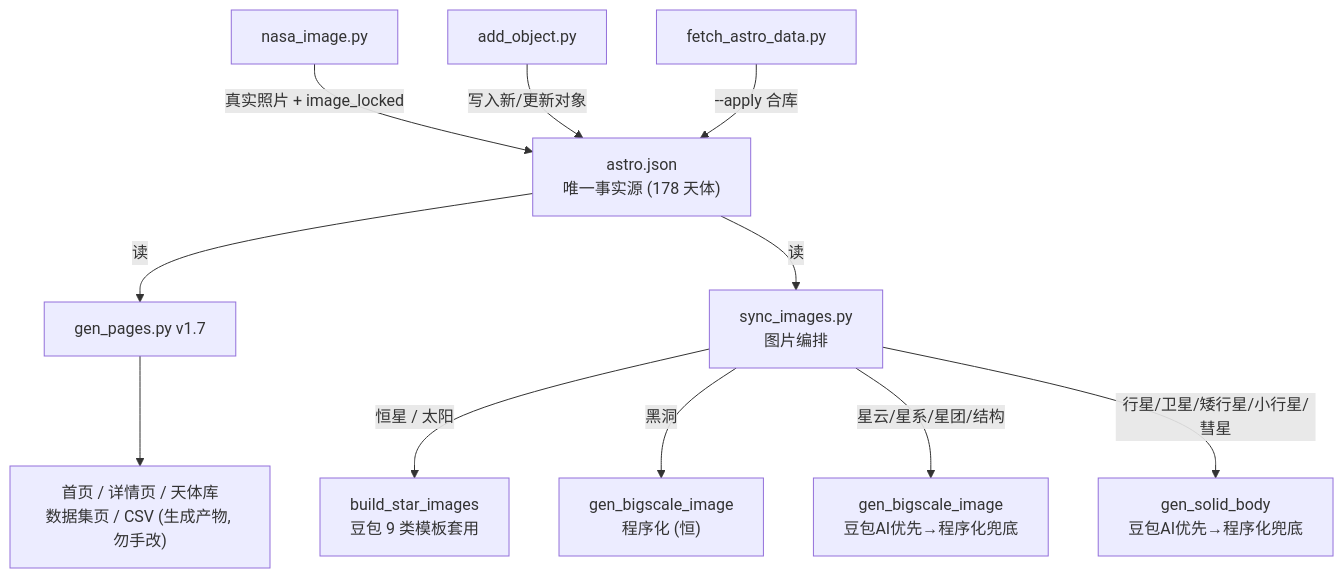
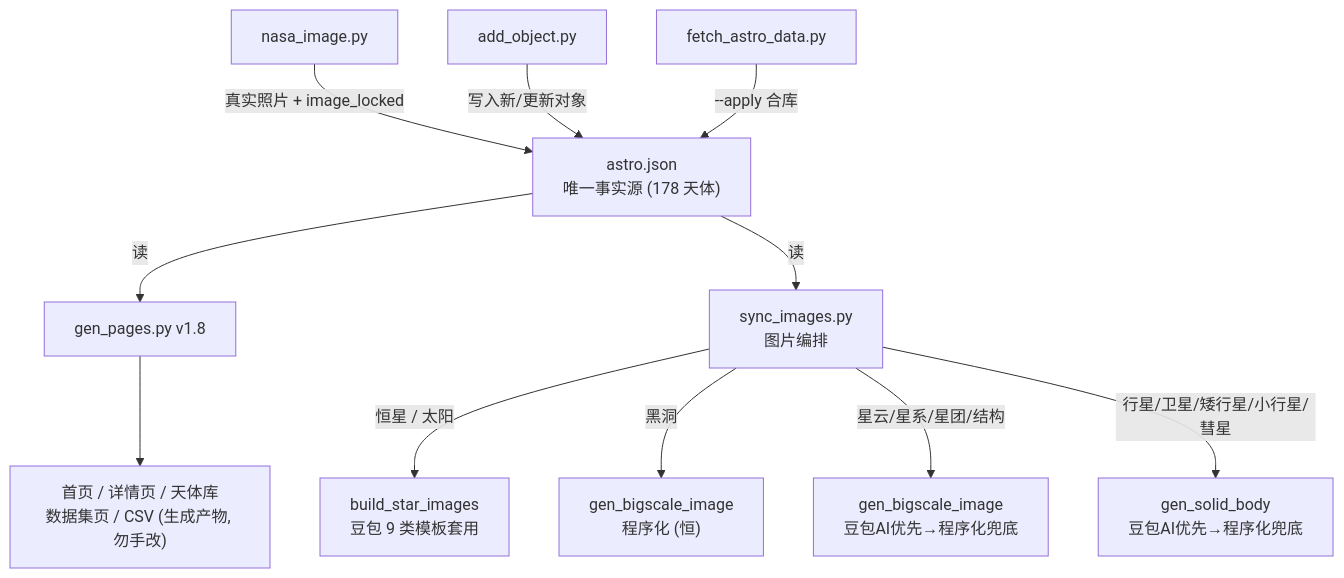
The first of 5 diagrams in 维护指南.md (yufengwolf/astro-blog), drawn with Mermaid before and after one commit. The commit also changed other lines of this file and 185 other files, not shown here.

````diff
--- a/维护指南.md
+++ b/维护指南.md
@@ -11,13 +11,13 @@
 ```mermaid
 flowchart TD
-    A["astro.json<br/>唯一事实源 (178 天体)"] -->|读| B["gen_pages.py v1.7"]
+    A["astro.json<br/>唯一事实源 (178 天体)"] -->|读| B["gen_pages.py v1.8"]
     B --> C["首页 / 详情页 / 天体库<br/>数据集页 / CSV (生成产物, 勿手改)"]
     A -->|读| D["sync_images.py<br/>图片编排"]
     D -->|恒星 / 太阳| E["build_star_images<br/>豆包 9 类模板套用"]
     D -->|黑洞| F0["gen_bigscale_image<br/>程序化 (恒)"]
     D -->|星云/星系/星团/结构| F["gen_bigscale_image<br/>豆包AI优先→程序化兜底"]
     D -->|行星/卫星/矮行星/小行星/彗星| G["gen_solid_body<br/>豆包AI优先→程序化兜底"]
     H["nasa_image.py"] -->|真实照片 + image_locked| A
     I["add_object.py"] -->|写入新/更新对象| A
     J["fetch_astro_data.py"] -->|--apply 合库| A
 ```
````
